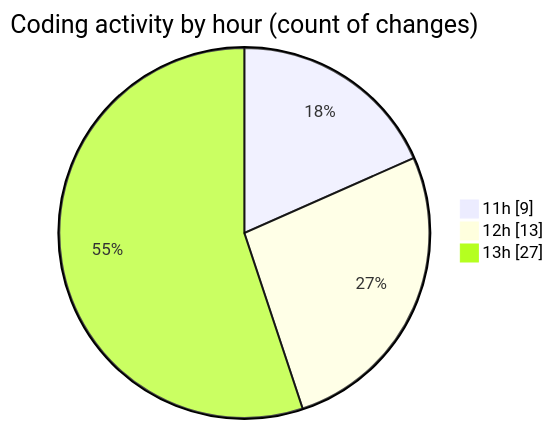
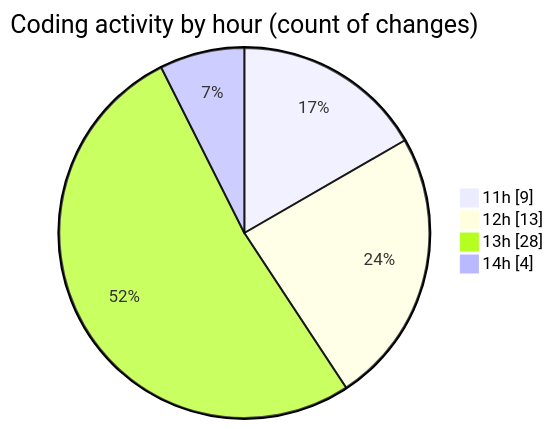
One commit to momahboobian/code-tracking changed the second of 2 diagrams in 2025-02-05/cda/README.md. Above: the diagram before and after it, drawn with Mermaid. The commit also changed other lines of this file and 1 other file, not shown here.

````diff
--- a/2025-02-05/cda/README.md
+++ b/2025-02-05/cda/README.md
@@ -40,7 +42,8 @@
 ```mermaid
 pie showData
 title Coding activity by hour (count of changes)
 "11h" : 9
 "12h" : 13
-"13h" : 27
+"13h" : 28
+"14h" : 4
 ```
````
